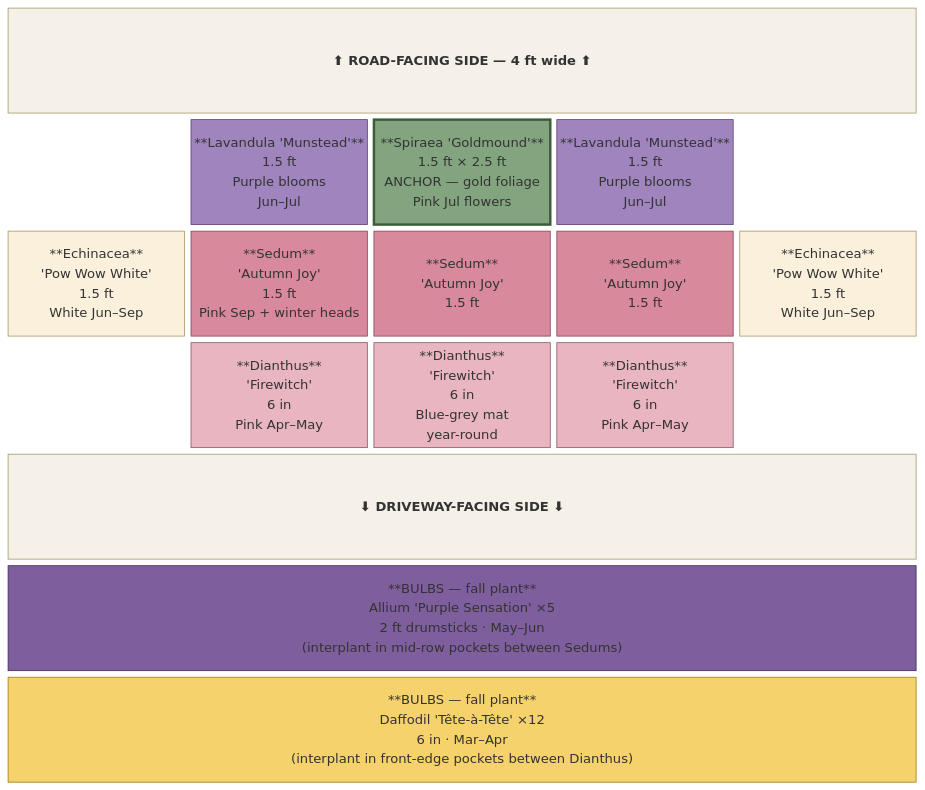
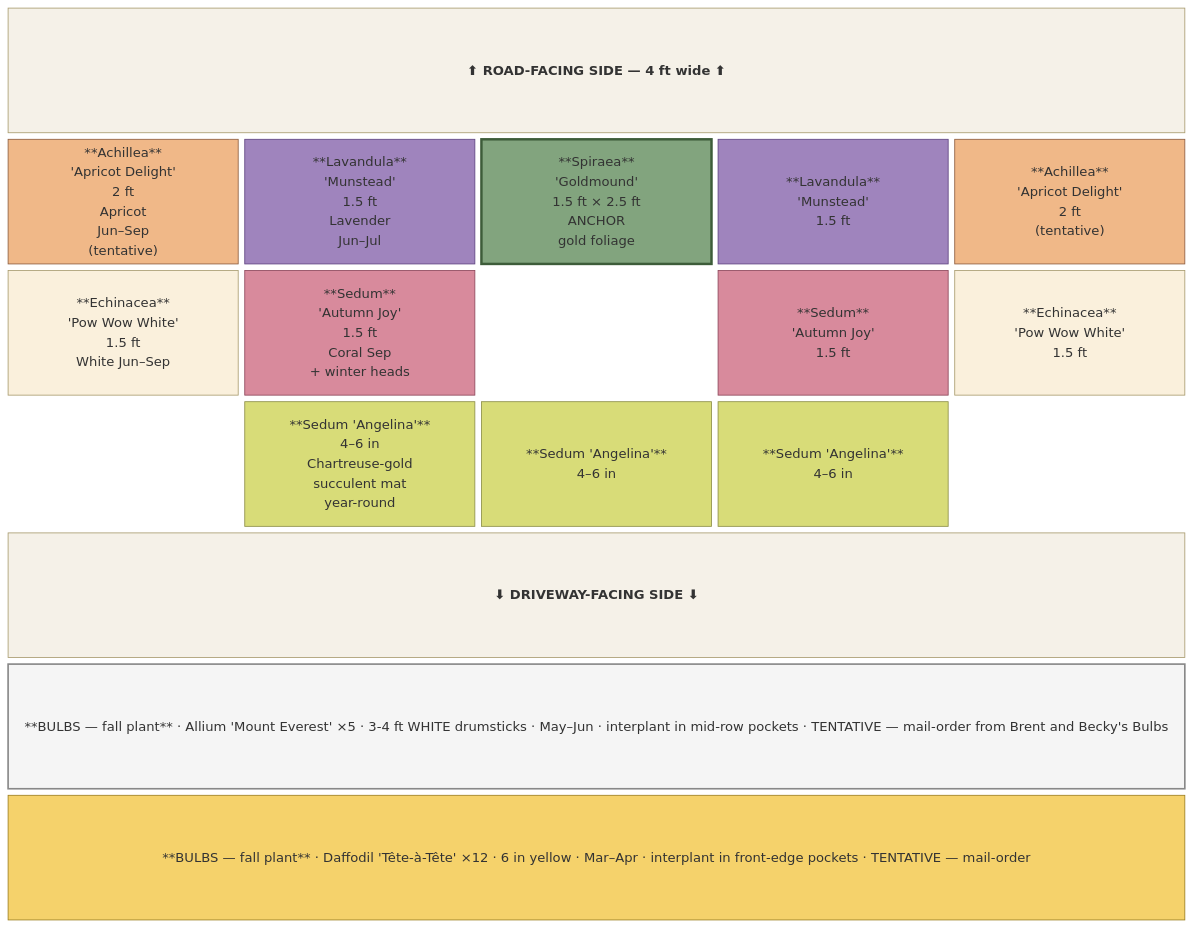
The diagram in plan_layouts/corner_layout.mmd (jyaunches/groundplan), drawn with Mermaid before and after one commit. The commit also changed 4 other files, not shown here.

```diff
--- a/plan_layouts/corner_layout.mmd
+++ b/plan_layouts/corner_layout.mmd
@@ -1,56 +1,58 @@
 ---
-title: Driveway entrance corner — 4 ft × 5 ft (mirrored both sides)
+title: Driveway entrance corner — 4 ft × 5 ft (mirrored both sides) — revised palette
 ---
 block-beta
   columns 5
 
   road["⬆ ROAD-FACING SIDE — 4 ft wide ⬆"]:5
 
-  space:1
-  cb1["**Lavandula 'Munstead'**<br/>1.5 ft<br/>Purple blooms<br/>Jun–Jul"]:1
-  cb2["**Spiraea 'Goldmound'**<br/>1.5 ft × 2.5 ft<br/>ANCHOR — gold foliage<br/>Pink Jul flowers"]:1
-  cb3["**Lavandula 'Munstead'**<br/>1.5 ft<br/>Purple blooms<br/>Jun–Jul"]:1
-  space:1
+  cb1["**Achillea**<br/>'Apricot Delight'<br/>2 ft<br/>Apricot<br/>Jun–Sep<br/>(tentative)"]:1
+  cb2["**Lavandula**<br/>'Munstead'<br/>1.5 ft<br/>Lavender<br/>Jun–Jul"]:1
+  cb3["**Spiraea**<br/>'Goldmound'<br/>1.5 ft × 2.5 ft<br/>ANCHOR<br/>gold foliage"]:1
+  cb4["**Lavandula**<br/>'Munstead'<br/>1.5 ft"]:1
+  cb5["**Achillea**<br/>'Apricot Delight'<br/>2 ft<br/>(tentative)"]:1
 
   cm1["**Echinacea**<br/>'Pow Wow White'<br/>1.5 ft<br/>White Jun–Sep"]:1
-  cm2["**Sedum**<br/>'Autumn Joy'<br/>1.5 ft<br/>Pink Sep + winter heads"]:1
+  cm2["**Sedum**<br/>'Autumn Joy'<br/>1.5 ft<br/>Coral Sep<br/>+ winter heads"]:1
+  space:1
   cm3["**Sedum**<br/>'Autumn Joy'<br/>1.5 ft"]:1
-  cm4["**Sedum**<br/>'Autumn Joy'<br/>1.5 ft"]:1
-  cm5["**Echinacea**<br/>'Pow Wow White'<br/>1.5 ft<br/>White Jun–Sep"]:1
+  cm4["**Echinacea**<br/>'Pow Wow White'<br/>1.5 ft"]:1
 
   space:1
-  cf1["**Dianthus**<br/>'Firewitch'<br/>6 in<br/>Pink Apr–May"]:1
-  cf2["**Dianthus**<br/>'Firewitch'<br/>6 in<br/>Blue-grey mat<br/>year-round"]:1
-  cf3["**Dianthus**<br/>'Firewitch'<br/>6 in<br/>Pink Apr–May"]:1
+  cf1["**Sedum 'Angelina'**<br/>4–6 in<br/>Chartreuse-gold<br/>succulent mat<br/>year-round"]:1
+  cf2["**Sedum 'Angelina'**<br/>4–6 in"]:1
+  cf3["**Sedum 'Angelina'**<br/>4–6 in"]:1
   space:1
 
   drive["⬇ DRIVEWAY-FACING SIDE ⬇"]:5
 
-  bulbA["**BULBS — fall plant**<br/>Allium 'Purple Sensation' ×5<br/>2 ft drumsticks · May–Jun<br/>(interplant in mid-row pockets between Sedums)"]:5
+  bulbA["**BULBS — fall plant** · Allium 'Mount Everest' ×5 · 3-4 ft WHITE drumsticks · May–Jun · interplant in mid-row pockets · TENTATIVE — mail-order from Brent and Becky's Bulbs"]:5
 
-  bulbD["**BULBS — fall plant**<br/>Daffodil 'Tête-à-Tête' ×12<br/>6 in · Mar–Apr<br/>(interplant in front-edge pockets between Dianthus)"]:5
+  bulbD["**BULBS — fall plant** · Daffodil 'Tête-à-Tête' ×12 · 6 in yellow · Mar–Apr · interplant in front-edge pockets · TENTATIVE — mail-order"]:5
 
   classDef shrub fill:#82A47E,stroke:#3D5C39,color:#fff,stroke-width:3px
   classDef lavender fill:#9F84BD,stroke:#5E4380,color:#fff
-  classDef sedum fill:#D88A9C,stroke:#8C465A,color:#fff
+  classDef sedumAJ fill:#D88A9C,stroke:#8C465A,color:#fff
+  classDef sedumAng fill:#D8DC78,stroke:#8C8E48,color:#3D3D14
   classDef echinacea fill:#FAF0DC,stroke:#A89B6E,color:#3D3520
-  classDef dianthus fill:#E8B5C0,stroke:#8C5C68,color:#3D2028
+  classDef achillea fill:#F0B888,stroke:#8C5C3E,color:#3D2810
   classDef bulbDaff fill:#F5D26B,stroke:#9C7E1E,color:#3D2D08
-  classDef bulbAll fill:#7E5E9C,stroke:#3E2E5C,color:#fff
+  classDef bulbAll fill:#F5F5F5,stroke:#888888,color:#3D3D3D,stroke-width:2px
   classDef header fill:#F5F1E8,stroke:#A89B6E,color:#3D3520,font-weight:bold
 
-  class cb1 lavender
-  class cb2 shrub
-  class cb3 lavender
+  class cb1 achillea
+  class cb2 lavender
+  class cb3 shrub
+  class cb4 lavender
+  class cb5 achillea
   class cm1 echinacea
-  class cm2 sedum
-  class cm3 sedum
-  class cm4 sedum
-  class cm5 echinacea
-  class cf1 dianthus
-  class cf2 dianthus
-  class cf3 dianthus
+  class cm2 sedumAJ
+  class cm3 sedumAJ
+  class cm4 echinacea
+  class cf1 sedumAng
+  class cf2 sedumAng
+  class cf3 sedumAng
   class road header
   class drive header
   class bulbA bulbAll
   class bulbD bulbDaff
```
